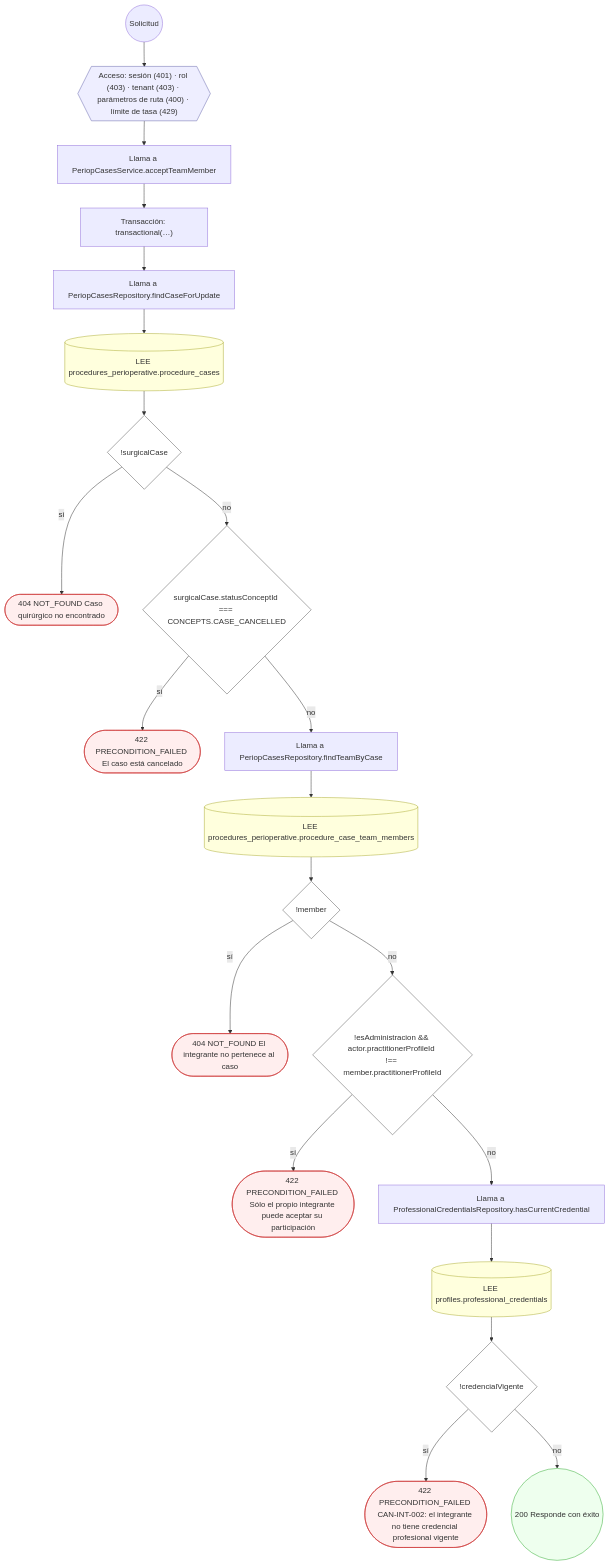
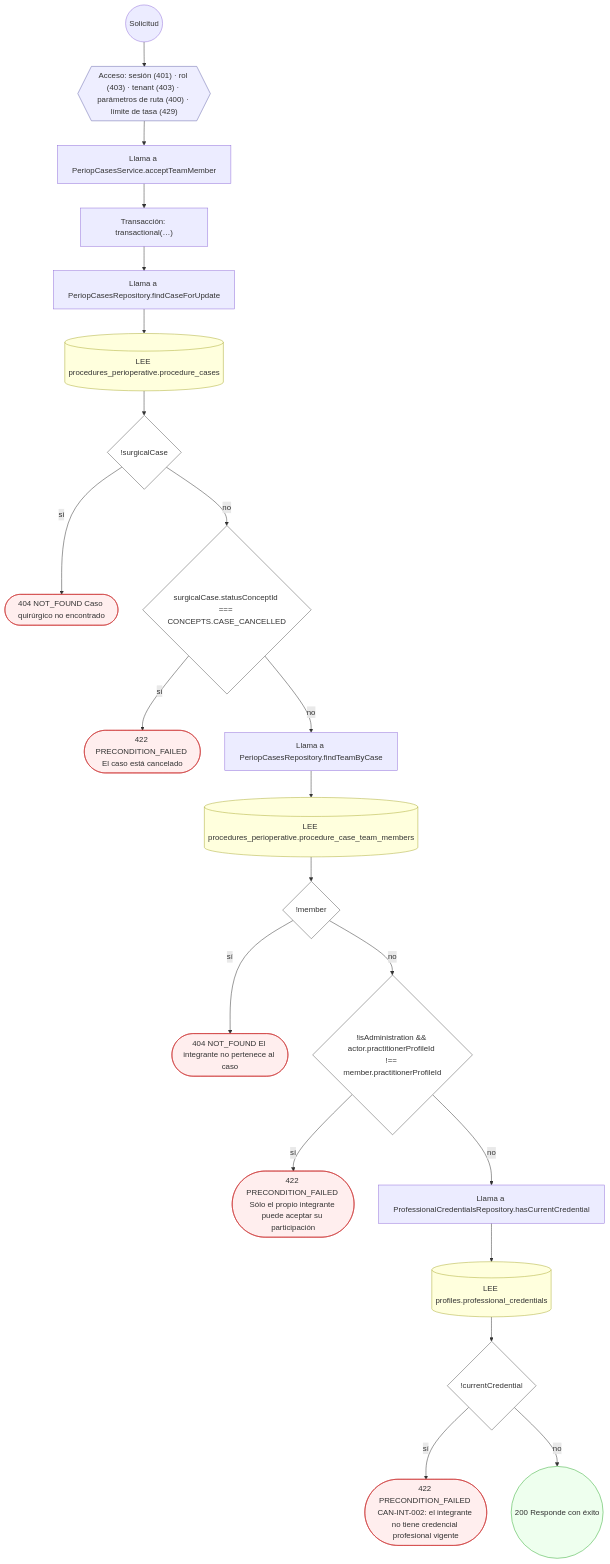
Diagram 30 of 31 in docs/inventario/flujos/procedures_perioperative.md (mdavila-2001/mantra-core-health-api), drawn with Mermaid before and after one commit. The commit also changed other lines of this file and 451 other files, not shown here.

````diff
--- a/docs/inventario/flujos/procedures_perioperative.md
+++ b/docs/inventario/flujos/procedures_perioperative.md
@@ -2525,50 +2611,50 @@
 ```mermaid
 flowchart TD
   n1(("Solicitud")):::inicio
   n2{{"Acceso: sesión (401) · rol (403) · tenant (403) · parámetros de ruta (400) · límite de tasa (429)"}}:::acceso
   n1 --> n2
   n3["Llama a PeriopCasesService.acceptTeamMember"]:::llamada
   n2 --> n3
   n4["Transacción: transactional(…)"]:::transaccion
   n3 --> n4
   n5["Llama a PeriopCasesRepository.findCaseForUpdate"]:::llamada
   n4 --> n5
   n6[("LEE procedures_perioperative.procedure_cases")]:::efecto
   n5 --> n6
   n7{"!surgicalCase"}:::decision
   n6 --> n7
   n8(["404 NOT_FOUND Caso quirúrgico no encontrado"]):::error
   n7 -->|"sí"| n8
   n9{"surgicalCase.statusConceptId === CONCEPTS.CASE_CANCELLED"}:::decision
   n7 -->|"no"| n9
   n10(["422 PRECONDITION_FAILED El caso está cancelado"]):::error
   n9 -->|"sí"| n10
   n11["Llama a PeriopCasesRepository.findTeamByCase"]:::llamada
   n9 -->|"no"| n11
   n12[("LEE procedures_perioperative.procedure_case_team_members")]:::efecto
   n11 --> n12
   n13{"!member"}:::decision
   n12 --> n13
   n14(["404 NOT_FOUND El integrante no pertenece al caso"]):::error
   n13 -->|"sí"| n14
-  n15{"!esAdministracion && actor.practitionerProfileId !== member.practitionerProfileId"}:::decision
+  n15{"!isAdministration && actor.practitionerProfileId !== member.practitionerProfileId"}:::decision
   n13 -->|"no"| n15
   n16(["422 PRECONDITION_FAILED Sólo el propio integrante puede aceptar su participación"]):::error
   n15 -->|"sí"| n16
   n17["Llama a ProfessionalCredentialsRepository.hasCurrentCredential"]:::llamada
   n15 -->|"no"| n17
   n18[("LEE profiles.professional_credentials")]:::efecto
   n17 --> n18
-  n19{"!credencialVigente"}:::decision
+  n19{"!currentCredential"}:::decision
   n18 --> n19
   n20(["422 PRECONDITION_FAILED CAN-INT-002: el integrante no tiene credencial profesional vigente"]):::error
   n19 -->|"sí"| n20
   n21(("200 Responde con éxito")):::ok
   n19 -->|"no"| n21
   classDef acceso fill:#eef,stroke:#66a
   classDef error fill:#fee,stroke:#c33
   classDef ok fill:#efe,stroke:#3a3
   classDef efecto fill:#ffd,stroke:#aa3
   classDef decision fill:#fff,stroke:#555
   classDef corte fill:#eee,stroke:#999,stroke-dasharray: 4
 ```
````
